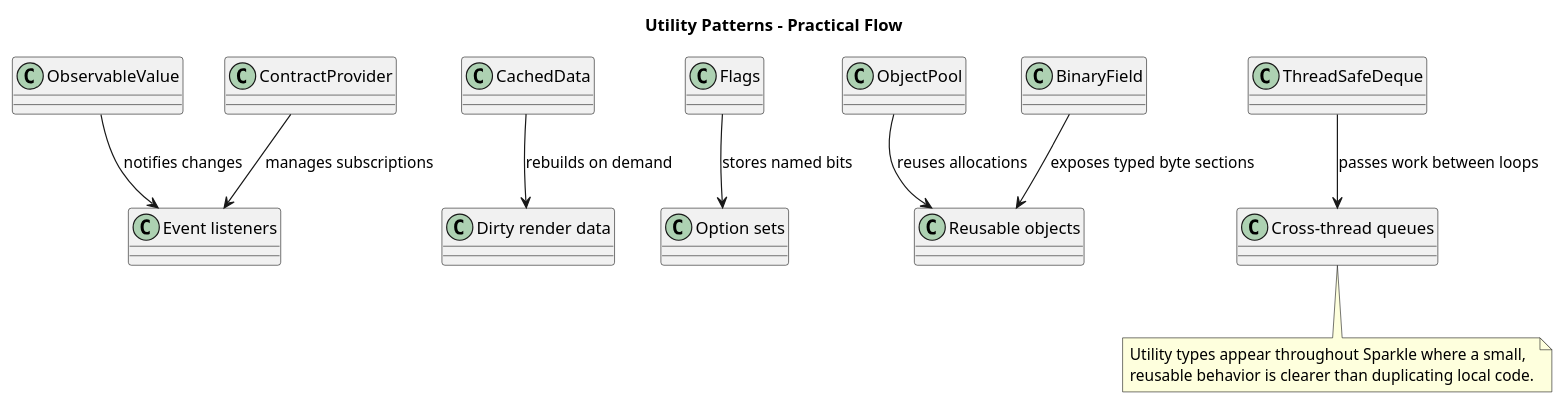
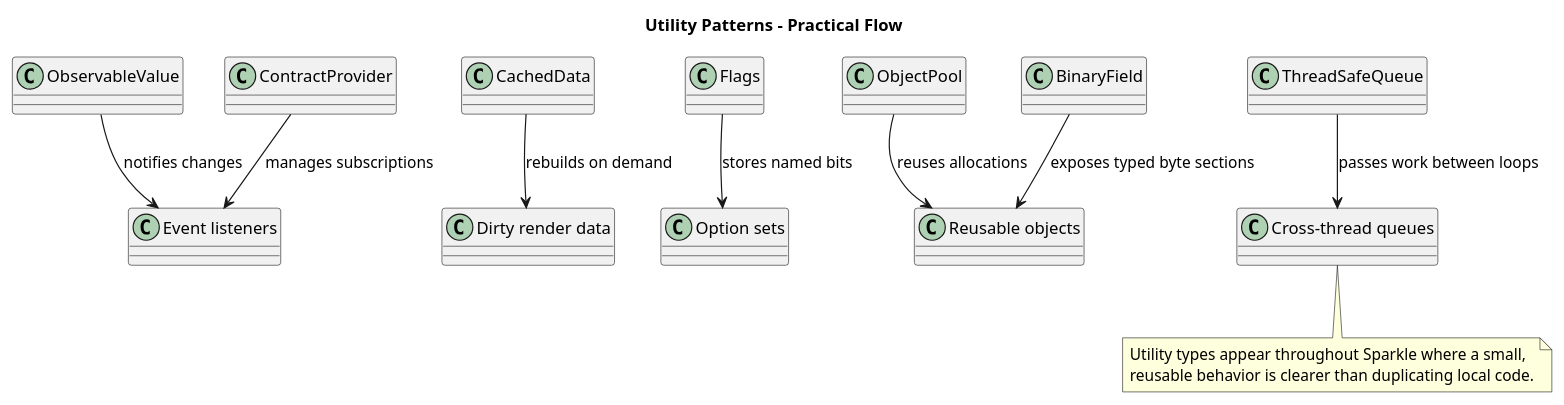
The diagram in documentation/architecture/diagrams/Level-2/utility-patterns-flow.puml (Hyarius/Sparkle), drawn with PlantUML before and after one commit. The commit also changed 24 other files, not shown here.

Commit message:
Implement threadSafeQueue

```diff
--- a/documentation/architecture/diagrams/Level-2/utility-patterns-flow.puml
+++ b/documentation/architecture/diagrams/Level-2/utility-patterns-flow.puml
@@ -1,33 +1,33 @@
 @startuml
 title Utility Patterns - Practical Flow
 
 skinparam classAttributeIconSize 0
 
 class ObservableValue
 class ContractProvider
 class CachedData
 class Flags
 class ObjectPool
 class BinaryField
-class ThreadSafeDeque
+class ThreadSafeQueue
 
 class "Event listeners" as Listeners
 class "Dirty render data" as DirtyData
 class "Option sets" as Options
 class "Reusable objects" as Objects
 class "Cross-thread queues" as Queues
 
 ObservableValue --> Listeners : notifies changes
 ContractProvider --> Listeners : manages subscriptions
 CachedData --> DirtyData : rebuilds on demand
 Flags --> Options : stores named bits
 ObjectPool --> Objects : reuses allocations
 BinaryField --> Objects : exposes typed byte sections
-ThreadSafeDeque --> Queues : passes work between loops
+ThreadSafeQueue --> Queues : passes work between loops
 
 note bottom
 Utility types appear throughout Sparkle where a small,
 reusable behavior is clearer than duplicating local code.
 end note
 
 @enduml
```
